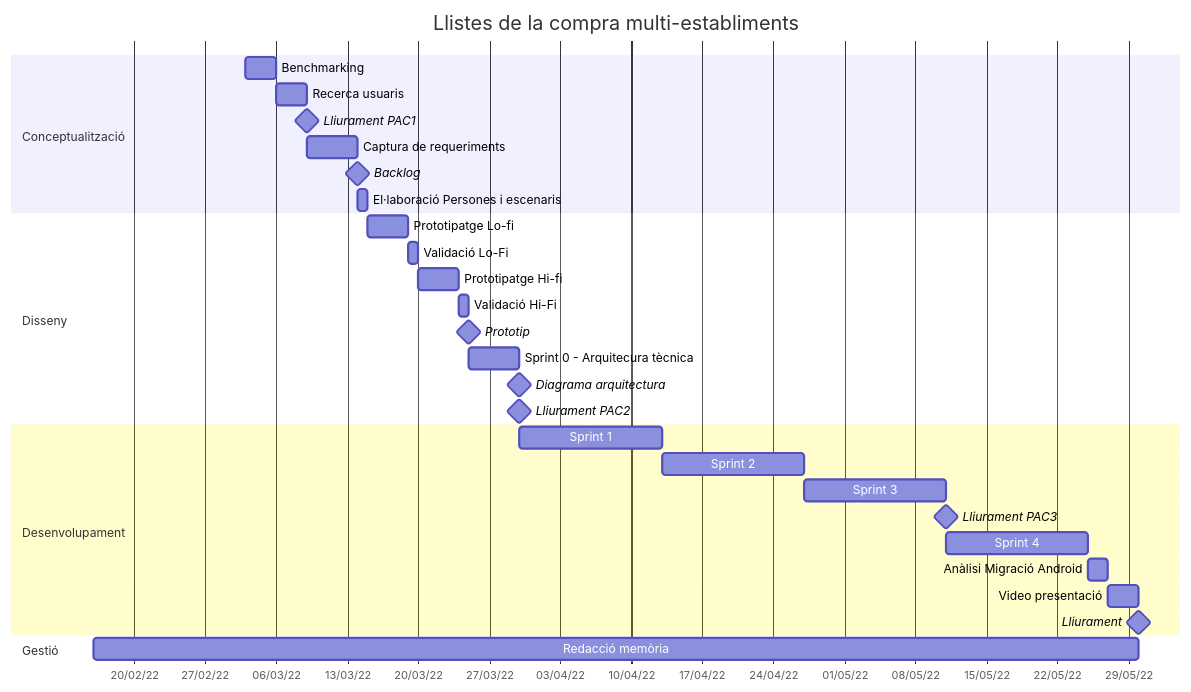
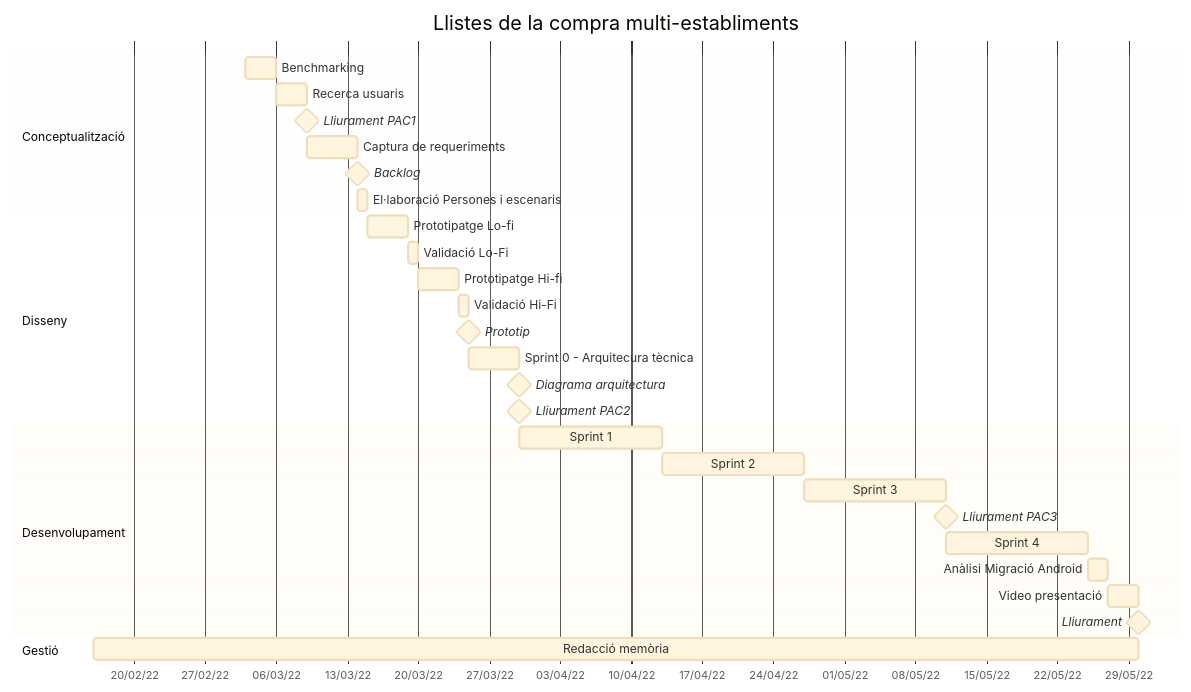
The diagram in PLANNING.md (xaviaracil/better-shopping-list), drawn with Mermaid before and after one commit.

Commit message:
Update PLANNING.md
Set theme for better clarity

````diff
--- a/PLANNING.md
+++ b/PLANNING.md
@@ -1,33 +1,34 @@
 ```mermaid
+%%{init: {'theme':'base'}}%%
 gantt
 dateFormat  DD-MM-YYYY
 axisFormat  %d/%m/%y
 title Llistes de la compra multi-establiments
 section Conceptualització
 Benchmarking: c0, 03-03-2022, 3d
 Recerca usuaris: c1, after c0, 3d
 Lliurament PAC1 : milestone, m1, 09-03-2022, 2min
 Captura de requeriments : c1, after m1, 5d
 Backlog: milestone, backlog, after c1, 2min
 El·laboració Persones i escenaris : c3, after c1, 1d
 section Disseny
 Prototipatge Lo-fi: d1, after c3, 4d
 Validació Lo-Fi: d2, after d1, 1d
 Prototipatge Hi-fi: d3, after d2, 4d
 Validació Hi-Fi: d4, after d3, 1d
 Prototip: milestone, prototip, after d4, 2min
 Sprint 0 - Arquitecura tècnica : d5, after d4, 5d
 Diagrama arquitectura: milestone, arch, after d5, 2min
 Lliurament PAC2 : milestone, m2, 30-03-2022, 2min
 section Desenvolupament
 Sprint 1: devel1, after m2, 14d
 Sprint 2: devel2, after devel1, 14d
 Sprint 3: devel3, after devel2, 14d
 Lliurament PAC3 : milestone, m3, 11-05-2022, 2min
 Sprint 4: devel4, after m3, 14d
 Anàlisi Migració Android : migracio, after devel4, 2d
 Video presentació : video, after migracio, 3d
 Lliurament : milestone, mFinal, 30-05-2022, 2min
 section Gestió
 Redacció memòria: memoria, 16-02-2022, 30-05-2022
 ```
````
